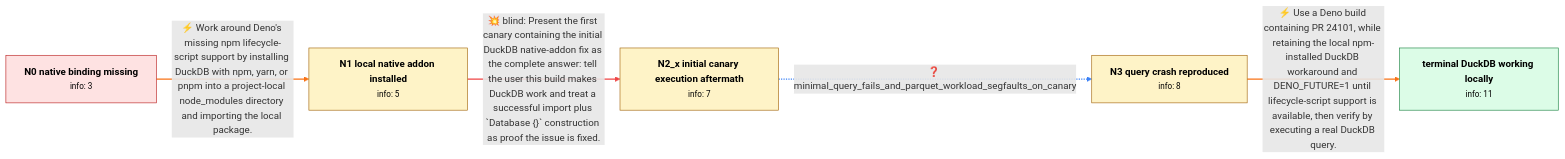
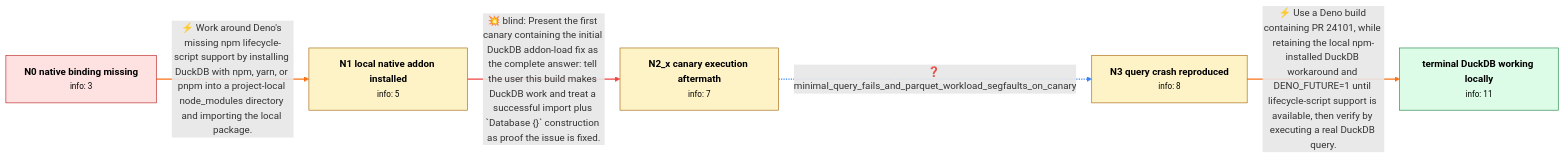
Before and after one commit to Chaoyi-He1/graph_bench: the diagram in data/github_v0/review/gh_denoland_deno_23656.md, drawn with Mermaid. The commit also changed other lines of this file and 334 other files, not shown here.

````diff
--- a/data/github_v0/review/gh_denoland_deno_23656.md
+++ b/data/github_v0/review/gh_denoland_deno_23656.md
@@ -10,24 +10,24 @@
 ```mermaid
 flowchart LR
     N0["<b>N0 native binding missing</b><br/><small>info: 3</small>"]
     N1["<b>N1 local native addon installed</b><br/><small>info: 5</small>"]
-    N2_x["<b>N2_x initial canary execution aftermath</b><br/><small>info: 7</small>"]
+    N2_x["<b>N2_x canary execution aftermath</b><br/><small>info: 7</small>"]
     N3["<b>N3 query crash reproduced</b><br/><small>info: 8</small>"]
     N_terminal["<b>terminal DuckDB working locally</b><br/><small>info: 11</small>"]
     N0 ==>|"⚡ Work around Deno's missing npm lifecycle-script support by installing DuckDB with npm, yarn, or pnpm into a project-local node_modules directory and importing the local package."| N1
     linkStyle 0 stroke:#f97316,stroke-width:2px
-    N1 ==>|"💥 blind: Present the first canary containing the initial DuckDB native-addon fix as the complete answer: tell the user this build makes DuckDB work and treat a successful import plus `Database {}` construction as proof the issue is fixed."| N2_x
+    N1 ==>|"💥 blind: Present the first canary containing the initial DuckDB addon-load fix as the complete answer: tell the user this build makes DuckDB work and treat a successful import plus `Database {}` construction as proof the issue is fixed."| N2_x
     linkStyle 1 stroke:#ef4444,stroke-width:2px
     N2_x -.->|"❓ minimal_query_fails_and_parquet_workload_segfaults_on_canary"| N3
     linkStyle 2 stroke:#3b82f6,stroke-width:2px
     N3 ==>|"⚡ Use a Deno build containing PR 24101, while retaining the local npm-installed DuckDB workaround and DENO_FUTURE=1 until lifecycle-script support is available, then verify by executing a real DuckDB query."| N_terminal
     linkStyle 3 stroke:#f97316,stroke-width:2px
     class N0 start
     class N1 normal
     class N2_x normal
     class N3 normal
     class N_terminal terminal
     classDef start fill:#fee2e2,stroke:#b91c1c,color:#000
     classDef terminal fill:#dcfce7,stroke:#15803d,color:#000
     classDef normal fill:#fef3c7,stroke:#a16207,color:#000
 ```
````
